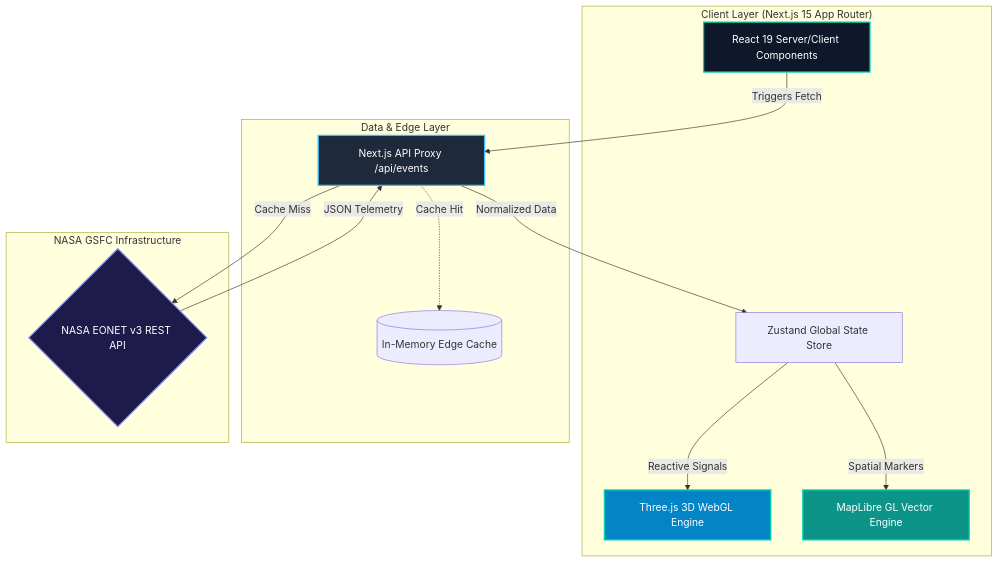
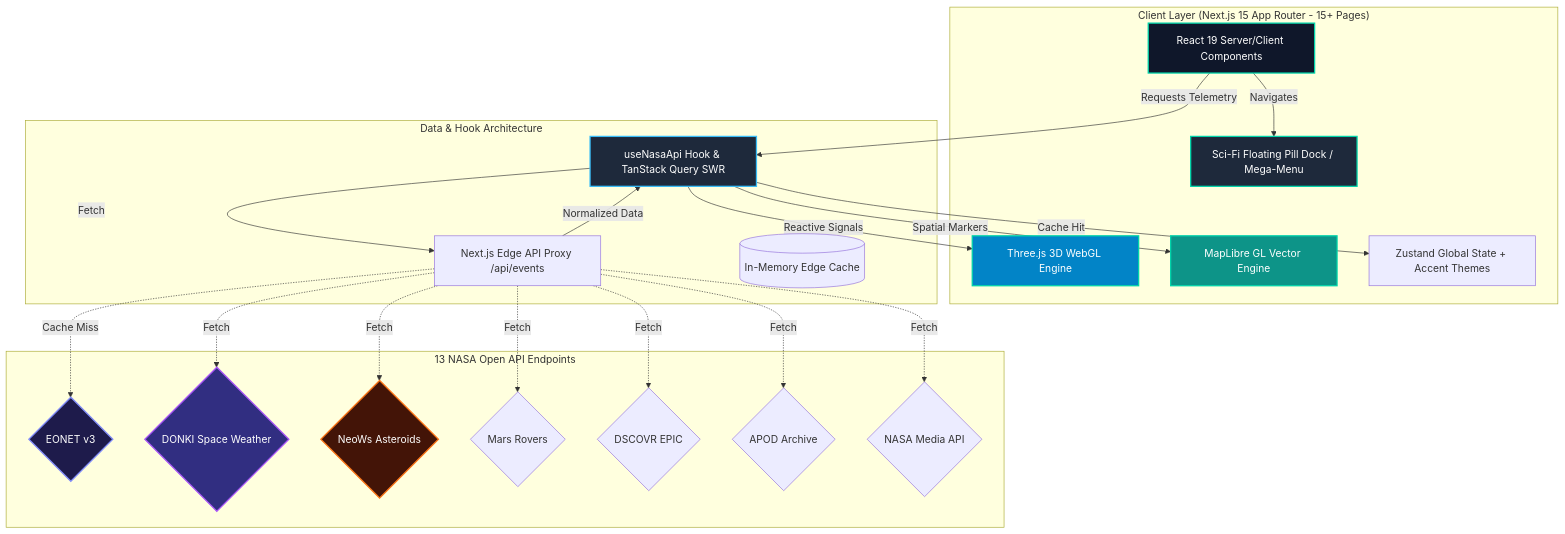
Before and after one commit to djabhi31/EarthSphere: the diagram in README.md, drawn with Mermaid. The commit also changed other lines of this file and 3 other files, not shown here.

Commit message:
docs(v2.0.0): update README, architecture specs, API matrix, and changelog for 13 NASA Open APIs overhaul

````diff
--- a/README.md
+++ b/README.md
@@ -78,32 +119,51 @@
 ```mermaid
 graph TD
-    subgraph Client ["Client Layer (Next.js 15 App Router)"]
+    subgraph Client ["Client Layer (Next.js 15 App Router - 15+ Pages)"]
         UI[React 19 Server/Client Components]
+        Navbar[Sci-Fi Floating Pill Dock / Mega-Menu]
         Globe[Three.js 3D WebGL Engine]
         Map[MapLibre GL Vector Engine]
-        Store[Zustand Global State Store]
+        Store[Zustand Global State + Accent Themes]
     end
 
-    subgraph Middleware ["Data & Edge Layer"]
-        Proxy[Next.js API Proxy /api/events]
+    subgraph DataLayer ["Data & Hook Architecture"]
+        Hooks[useNasaApi Hook & TanStack Query SWR]
+        Proxy[Next.js Edge API Proxy /api/events]
         Cache[(In-Memory Edge Cache)]
     end
 
-    subgraph DataProvider ["NASA GSFC Infrastructure"]
-        NASA{NASA EONET v3 REST API}
+    subgraph NASAEndpoints ["13 NASA Open API Endpoints"]
+        EONET{EONET v3}
+        DONKI{DONKI Space Weather}
+        NeoWs{NeoWs Asteroids}
+        MARS{Mars Rovers}
+        EPIC{DSCOVR EPIC}
+        APOD{APOD Archive}
+        Media{NASA Media API}
     end
 
-    UI -->|Triggers Fetch| Proxy
-    Proxy -->|Cache Miss| NASA
-    Proxy -.->|Cache Hit| Cache
-    NASA -->|JSON Telemetry| Proxy
-    Proxy -->|Normalized Data| Store
-    Store -->|Reactive Signals| Globe
-    Store -->|Spatial Markers| Map
+    UI -->|Navigates| Navbar
+    UI -->|Requests Telemetry| Hooks
+    Hooks -->|Cache Hit| Store
+    Hooks -->|Fetch| Proxy
+    Proxy -.->|Cache Miss| EONET
+    Proxy -.->|Fetch| DONKI
+    Proxy -.->|Fetch| NeoWs
+    Proxy -.->|Fetch| MARS
+    Proxy -.->|Fetch| EPIC
+    Proxy -.->|Fetch| APOD
+    Proxy -.->|Fetch| Media
+    
+    Proxy -->|Normalized Data| Hooks
+    Hooks -->|Reactive Signals| Globe
+    Hooks -->|Spatial Markers| Map
     
     style UI fill:#0f172a,stroke:#00d4aa,stroke-width:2px,color:#fff
+    style Navbar fill:#1e293b,stroke:#00d4aa,stroke-width:2px,color:#fff
     style Globe fill:#0284c7,stroke:#00d4aa,stroke-width:2px,color:#fff
     style Map fill:#0d9488,stroke:#00d4aa,stroke-width:2px,color:#fff
-    style Proxy fill:#1e293b,stroke:#38bdf8,stroke-width:2px,color:#fff
-    style NASA fill:#1e1b4b,stroke:#818cf8,stroke-width:2px,color:#fff
+    style Hooks fill:#1e293b,stroke:#38bdf8,stroke-width:2px,color:#fff
+    style EONET fill:#1e1b4b,stroke:#818cf8,stroke-width:2px,color:#fff
+    style DONKI fill:#312e81,stroke:#a855f7,stroke-width:2px,color:#fff
+    style NeoWs fill:#431407,stroke:#f97316,stroke-width:2px,color:#fff
 ```
````
